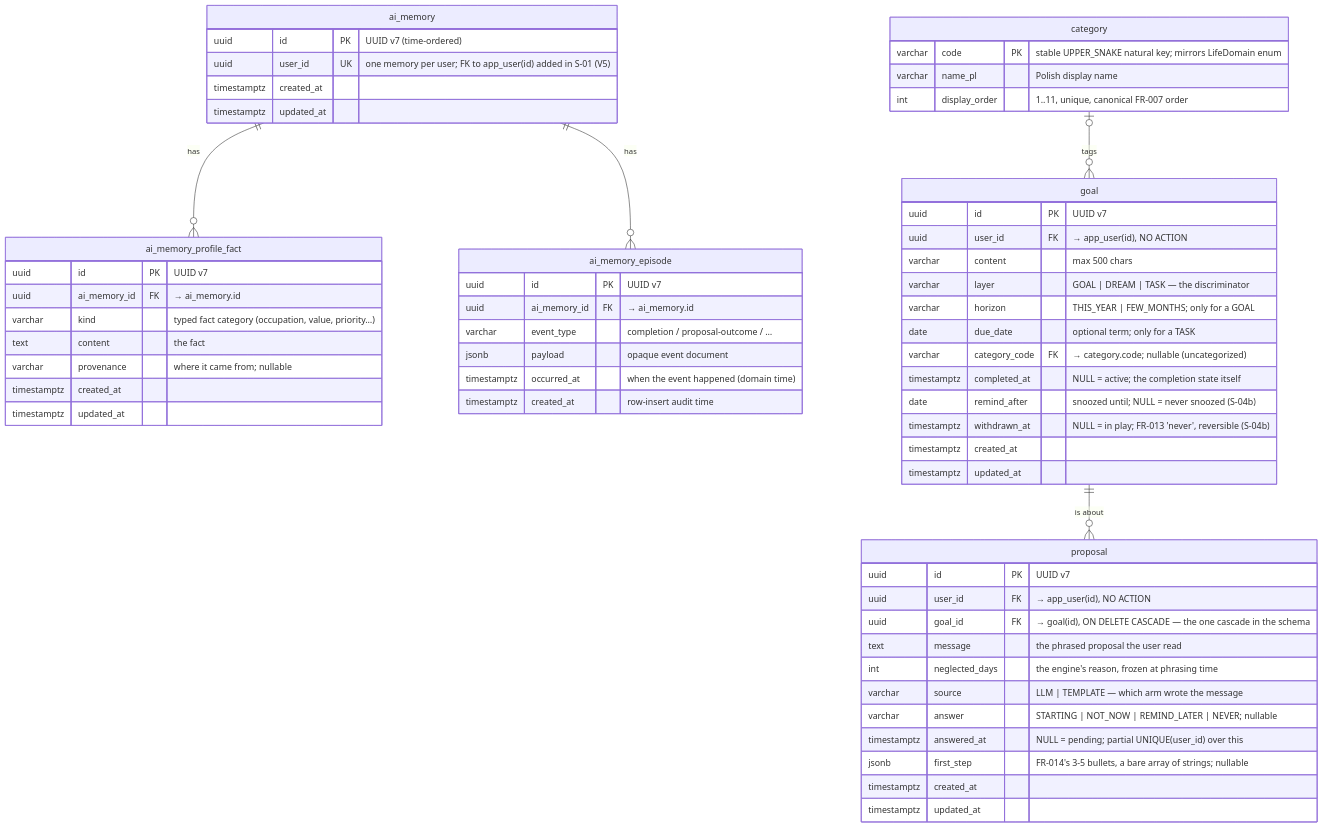
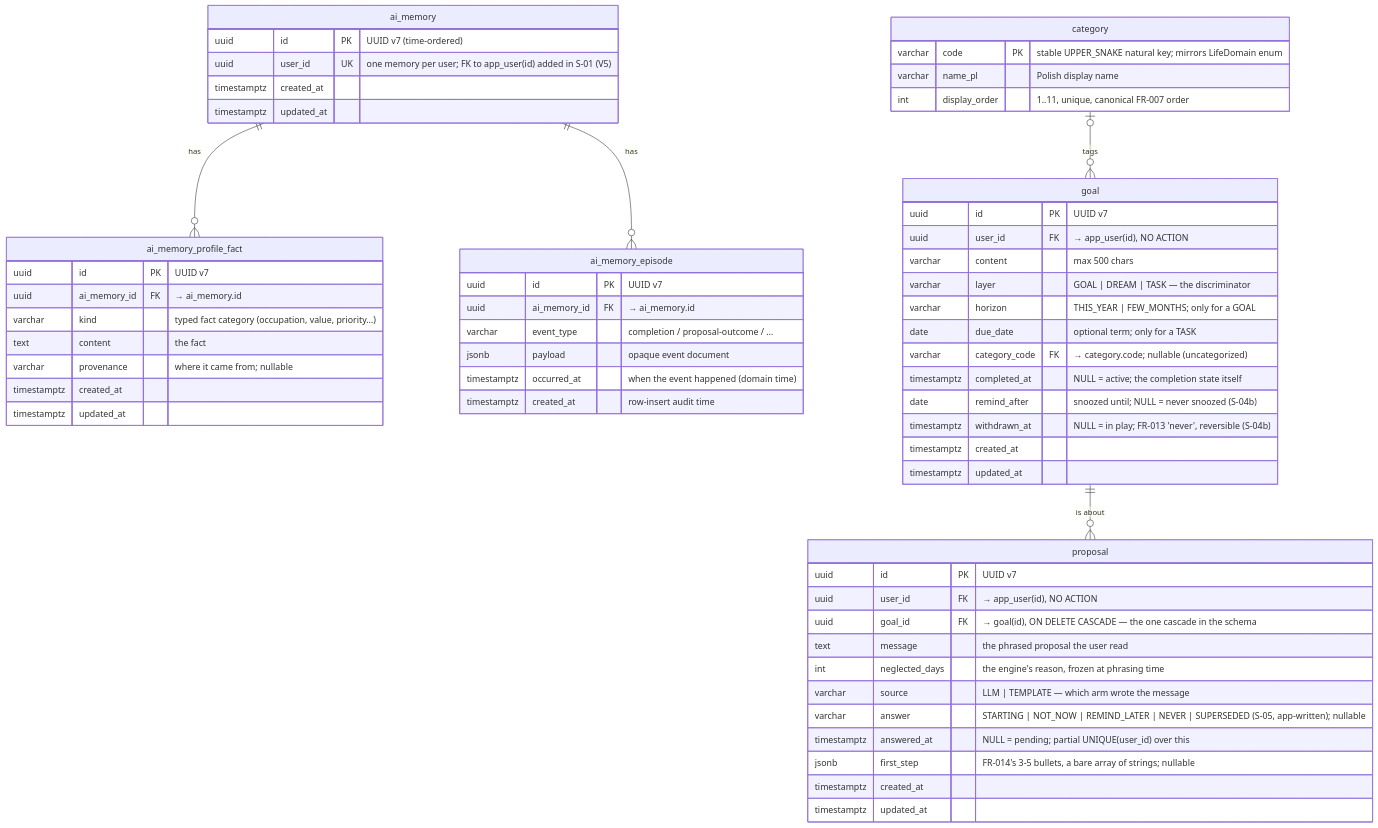
One commit to TheDariusz/2doai changed the diagram in context/foundation/data-model.md. Above: the diagram before and after it, drawn with Mermaid. The commit also changed other lines of this file and 51 other files, not shown here.

````diff
--- a/context/foundation/data-model.md
+++ b/context/foundation/data-model.md
@@ -10,68 +10,68 @@
 ```mermaid
 erDiagram
     category {
         varchar code PK "stable UPPER_SNAKE natural key; mirrors LifeDomain enum"
         varchar name_pl "Polish display name"
         int display_order "1..11, unique, canonical FR-007 order"
     }
 
     ai_memory ||--o{ ai_memory_profile_fact : has
     ai_memory ||--o{ ai_memory_episode : has
 
     ai_memory {
         uuid id PK "UUID v7 (time-ordered)"
         uuid user_id UK "one memory per user; FK to app_user(id) added in S-01 (V5)"
         timestamptz created_at
         timestamptz updated_at
     }
     ai_memory_profile_fact {
         uuid id PK "UUID v7"
         uuid ai_memory_id FK "→ ai_memory.id"
         varchar kind "typed fact category (occupation, value, priority…)"
         text content "the fact"
         varchar provenance "where it came from; nullable"
         timestamptz created_at
         timestamptz updated_at
     }
     ai_memory_episode {
         uuid id PK "UUID v7"
         uuid ai_memory_id FK "→ ai_memory.id"
         varchar event_type "completion / proposal-outcome / …"
         jsonb payload "opaque event document"
         timestamptz occurred_at "when the event happened (domain time)"
         timestamptz created_at "row-insert audit time"
     }
 
     category |o--o{ goal : "tags"
 
     goal {
         uuid id PK "UUID v7"
         uuid user_id FK "→ app_user(id), NO ACTION"
         varchar content "max 500 chars"
         varchar layer "GOAL | DREAM | TASK — the discriminator"
         varchar horizon "THIS_YEAR | FEW_MONTHS; only for a GOAL"
         date due_date "optional term; only for a TASK"
         varchar category_code FK "→ category.code; nullable (uncategorized)"
         timestamptz completed_at "NULL = active; the completion state itself"
         date remind_after "snoozed until; NULL = never snoozed (S-04b)"
         timestamptz withdrawn_at "NULL = in play; FR-013 'never', reversible (S-04b)"
         timestamptz created_at
         timestamptz updated_at
     }
 
     goal ||--o{ proposal : "is about"
 
     proposal {
         uuid id PK "UUID v7"
         uuid user_id FK "→ app_user(id), NO ACTION"
         uuid goal_id FK "→ goal(id), ON DELETE CASCADE — the one cascade in the schema"
         text message "the phrased proposal the user read"
         int neglected_days "the engine's reason, frozen at phrasing time"
         varchar source "LLM | TEMPLATE — which arm wrote the message"
-        varchar answer "STARTING | NOT_NOW | REMIND_LATER | NEVER; nullable"
+        varchar answer "STARTING | NOT_NOW | REMIND_LATER | NEVER | SUPERSEDED (S-05, app-written); nullable"
         timestamptz answered_at "NULL = pending; partial UNIQUE(user_id) over this"
         jsonb first_step "FR-014's 3-5 bullets, a bare array of strings; nullable"
         timestamptz created_at
         timestamptz updated_at
     }
 ```
````
